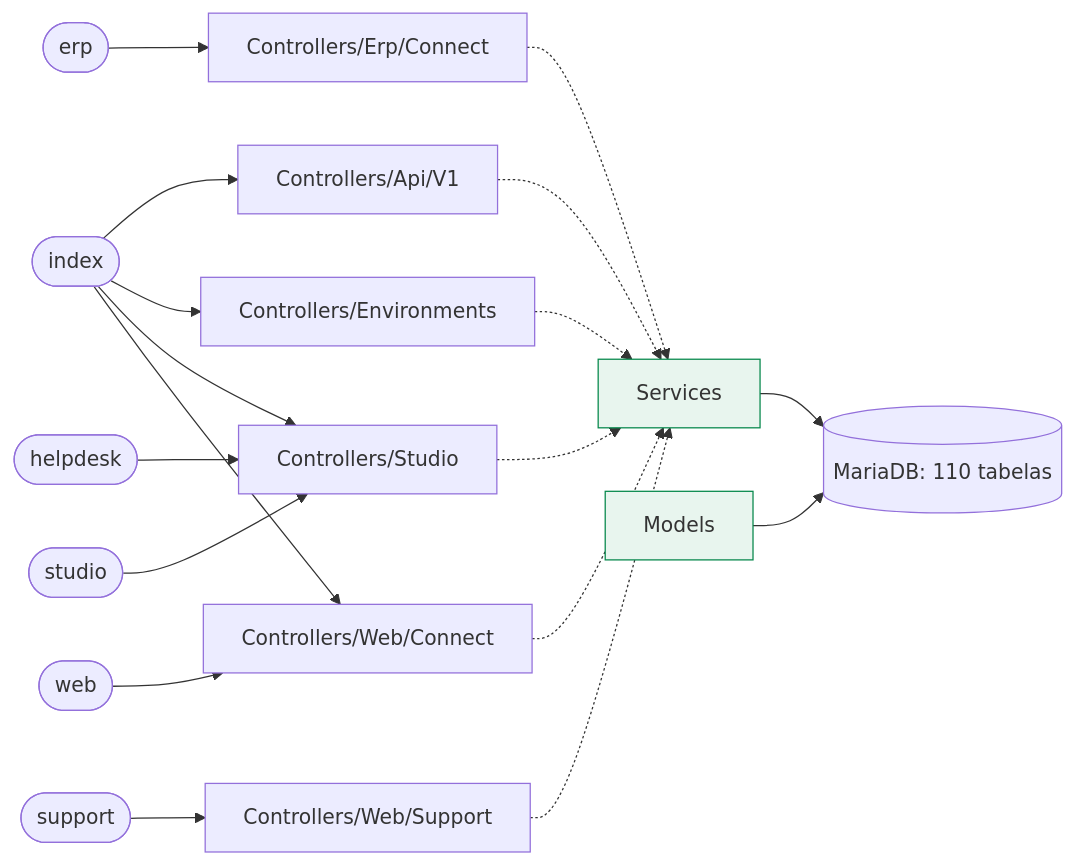
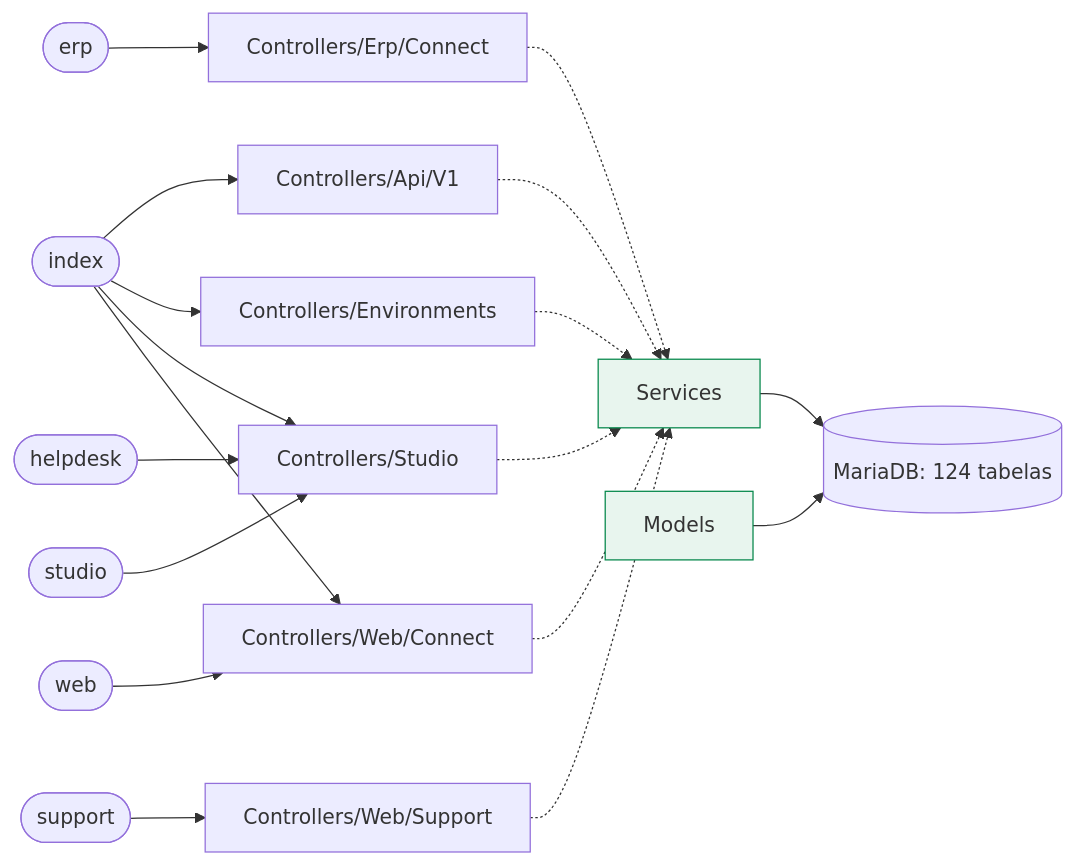
The first of 2 diagrams in docs/map/README.md (djalmamartins/connect-erp), drawn with Mermaid before and after one commit. The commit also changed other lines of this file and 18 other files, not shown here.

````diff
--- a/docs/map/README.md
+++ b/docs/map/README.md
@@ -13,30 +13,30 @@
 ```mermaid
 flowchart LR
   env_erp(["erp"])
   env_erp --> pkg_Controllers_Erp_Connect["Controllers/Erp/Connect"]
   env_helpdesk(["helpdesk"])
   env_helpdesk --> pkg_Controllers_Studio["Controllers/Studio"]
   env_index(["index"])
   env_index --> pkg_Controllers_Api_V1["Controllers/Api/V1"]
   env_index --> pkg_Controllers_Environments["Controllers/Environments"]
   env_index --> pkg_Controllers_Studio["Controllers/Studio"]
   env_index --> pkg_Controllers_Web_Connect["Controllers/Web/Connect"]
   env_studio(["studio"])
   env_studio --> pkg_Controllers_Studio["Controllers/Studio"]
   env_support(["support"])
   env_support --> pkg_Controllers_Web_Support["Controllers/Web/Support"]
   env_web(["web"])
   env_web --> pkg_Controllers_Web_Connect["Controllers/Web/Connect"]
   pkg_svc["Services"]:::svc
   pkg_mdl["Models"]:::svc
-  db[("MariaDB: 110 tabelas")]
+  db[("MariaDB: 124 tabelas")]
   pkg_Controllers_Api_V1 -.-> pkg_svc
   pkg_Controllers_Environments -.-> pkg_svc
   pkg_Controllers_Erp_Connect -.-> pkg_svc
   pkg_Controllers_Studio -.-> pkg_svc
   pkg_Controllers_Web_Connect -.-> pkg_svc
   pkg_Controllers_Web_Support -.-> pkg_svc
   pkg_svc --> db
   pkg_mdl --> db
   classDef svc fill:#e8f5ee,stroke:#07884c
 ```
````
